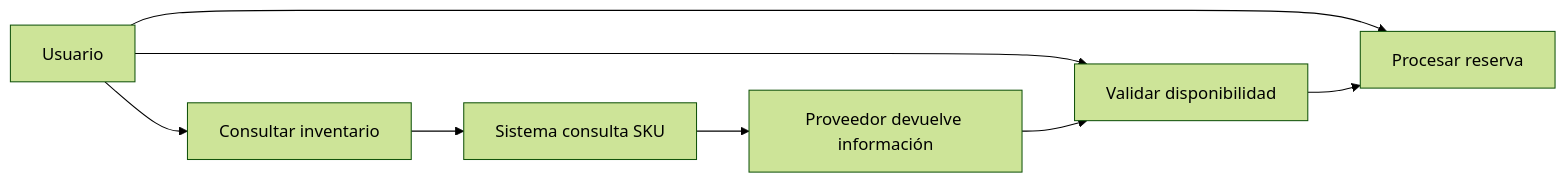
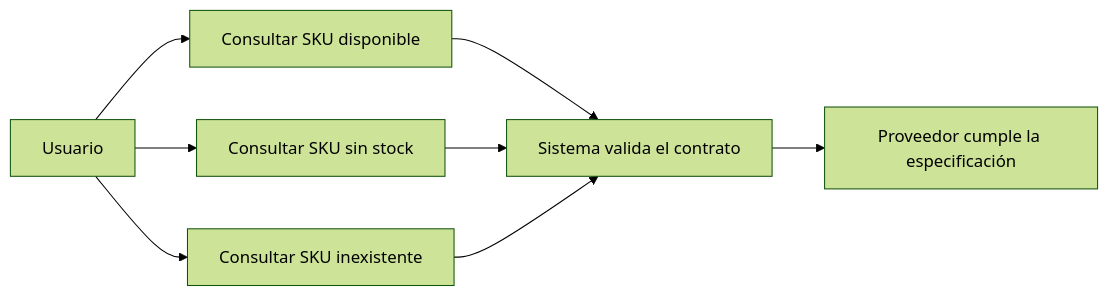
The third of 4 diagrams in README.md (mchiroyl/Pact-Consumer-Provider-Validation), drawn with Mermaid (forest theme) before and after one commit. The commit also changed other lines of this file, not shown here.

Commit message:
Mejora de legibilidad en diagramas del README

````diff
--- a/README.md
+++ b/README.md
@@ -40,11 +45,10 @@
 ```mermaid
 flowchart LR
-    U[Usuario] --> UC1[Consultar inventario]
-    U --> UC2[Validar disponibilidad]
-    U --> UC3[Procesar reserva]
-
-    UC1 --> S1[Sistema consulta SKU]
-    S1 --> S2[Proveedor devuelve información]
-    S2 --> UC2
-    UC2 --> UC3
+    U[Usuario] --> UC1[Consultar SKU disponible]
+    U --> UC2[Consultar SKU sin stock]
+    U --> UC3[Consultar SKU inexistente]
+    UC1 --> S[Sistema valida el contrato]
+    UC2 --> S
+    UC3 --> S
+    S --> V[Proveedor cumple la especificación]
 ```
````
